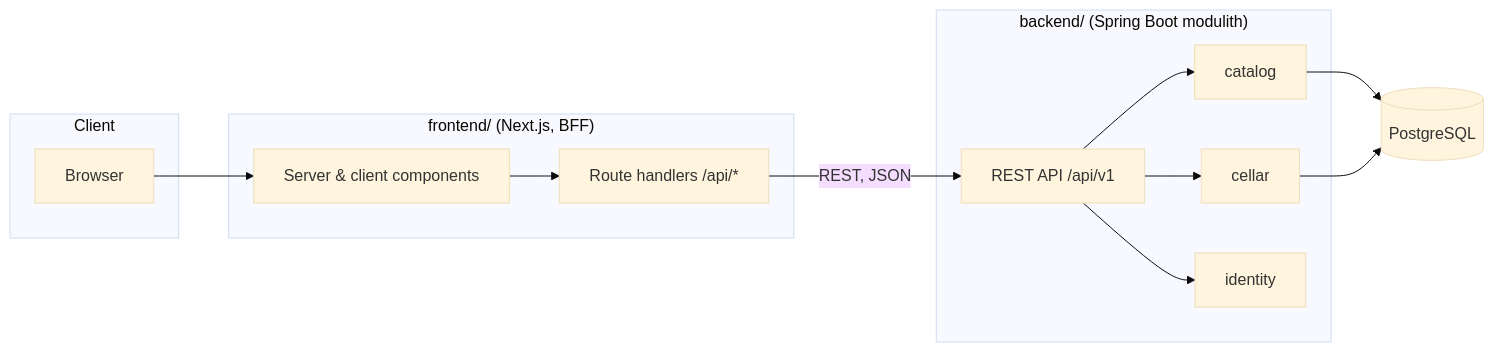
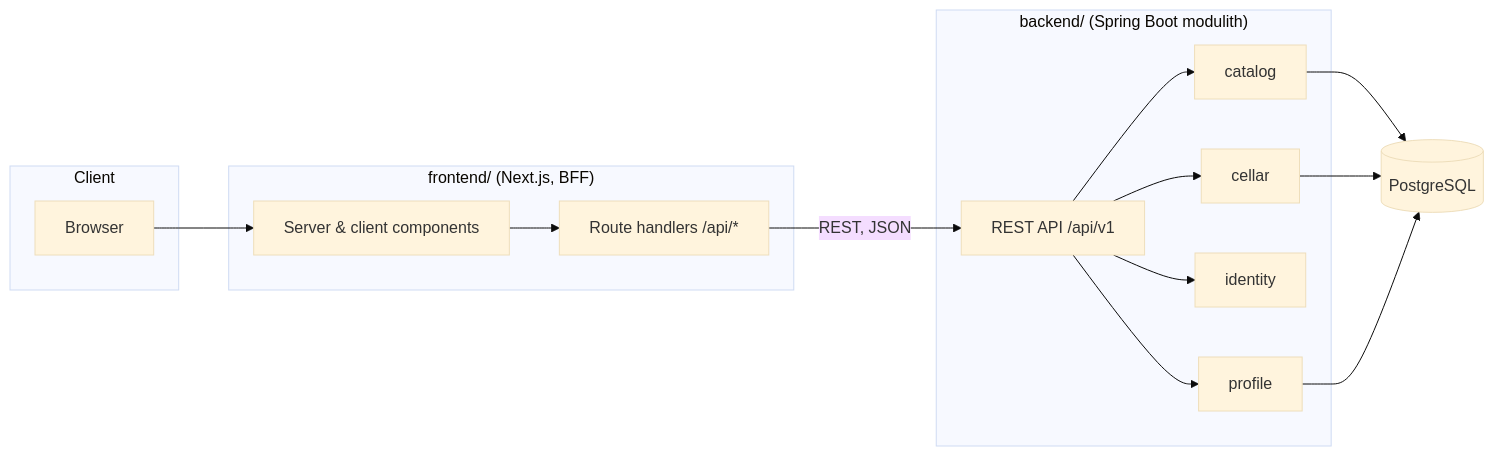
One commit to MiguelSombrero/kalia changed the diagram in docs/architecture.md. Above: the diagram before and after it, drawn with Mermaid (base theme). The commit also changed other lines of this file and 22 other files, not shown here.

````diff
--- a/docs/architecture.md
+++ b/docs/architecture.md
@@ -49,21 +49,22 @@
 ```mermaid
 flowchart LR
     subgraph Client
         Browser
     end
     subgraph Frontend["frontend/ (Next.js, BFF)"]
         UI[Server & client components]
         RH[Route handlers /api/*]
     end
     subgraph Backend["backend/ (Spring Boot modulith)"]
         API[REST API /api/v1]
         CAT[catalog]
         CEL[cellar]
         IDN[identity]
+        PROF[profile]
     end
     Browser --> UI
     UI --> RH
     RH -->|REST, JSON| API
-    API --> CAT & CEL & IDN
-    CAT & CEL --> PG[(PostgreSQL)]
+    API --> CAT & CEL & IDN & PROF
+    CAT & CEL & PROF --> PG[(PostgreSQL)]
 ```
````
